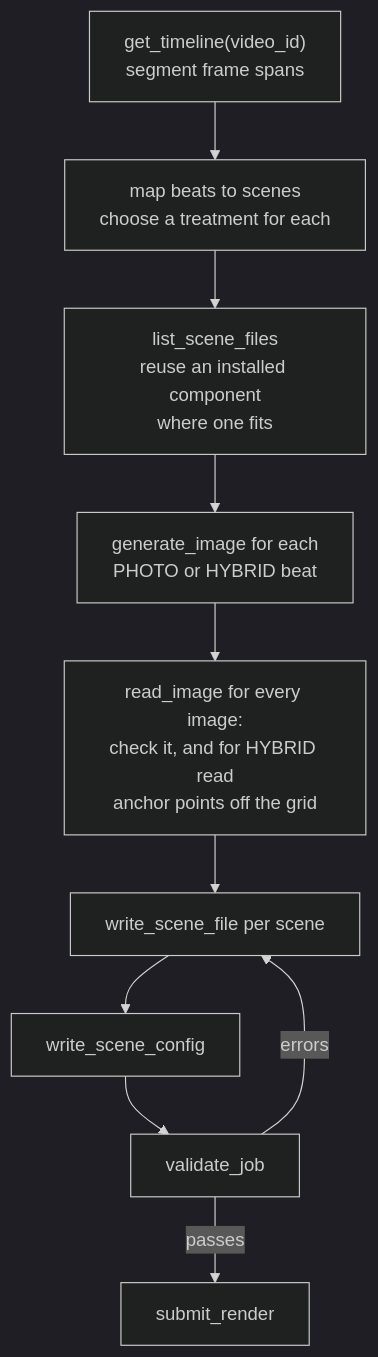
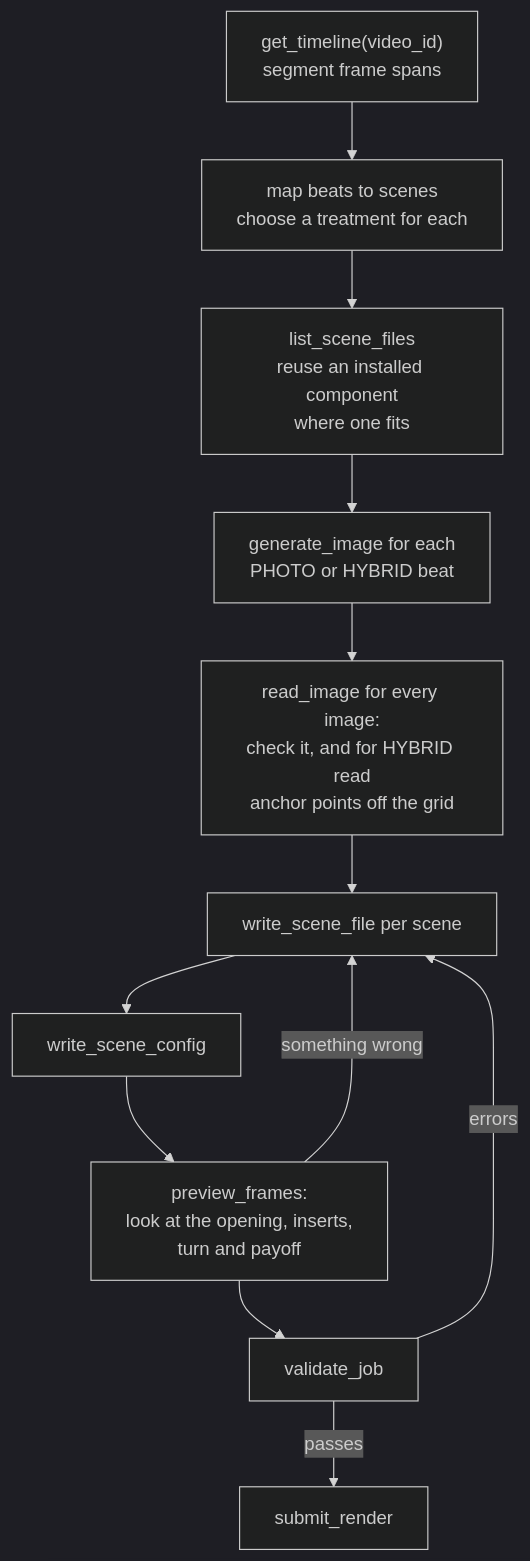
The fourth of 5 diagrams in docs/developer/10-scene-authoring.md (teja156/tubematic), drawn with Mermaid (dark theme) before and after one commit. The commit also changed other lines of this file and 21 other files, not shown here.

Commit message:
TMDEV-241: preview_frames, a shared look at chosen frames of the composed scene before submit_render

````diff
--- a/docs/developer/10-scene-authoring.md
+++ b/docs/developer/10-scene-authoring.md
@@ -636,12 +636,14 @@
 ```mermaid
 flowchart TD
     T["get_timeline(video_id)<br/>segment frame spans"] --> M["map beats to scenes<br/>choose a treatment for each"]
     M --> L["list_scene_files<br/>reuse an installed component<br/>where one fits"]
     L --> I["generate_image for each<br/>PHOTO or HYBRID beat"]
     I --> R["read_image for every image:<br/>check it, and for HYBRID read<br/>anchor points off the grid"]
     R --> W["write_scene_file per scene"]
     W --> C["write_scene_config"]
-    C --> V["validate_job"]
+    C --> P["preview_frames:<br/>look at the opening, inserts,<br/>turn and payoff"]
+    P -->|something wrong| W
+    P --> V["validate_job"]
     V -->|errors| W
     V -->|passes| S["submit_render"]
 ```
````
